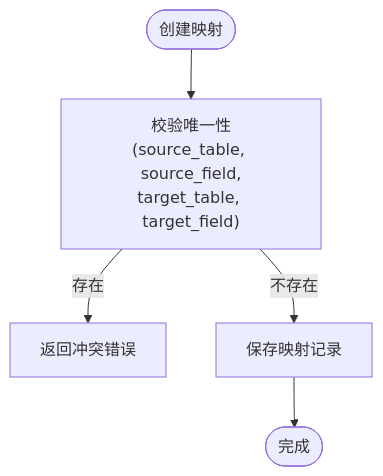
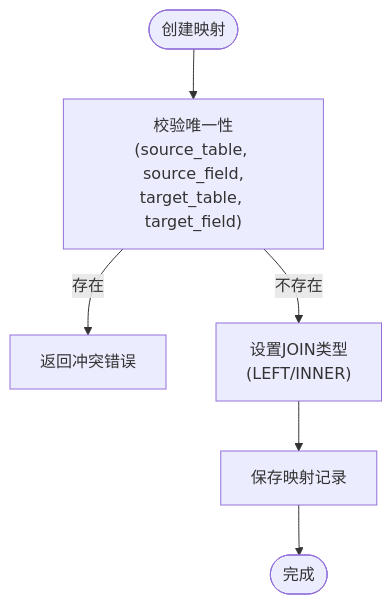
The third of 6 diagrams in .qoder/repowiki/zh/content/架构设计/数据架构/数据库设计/核心实体模型/字段映射模型.md (zyp-coder/Metadata), drawn with Mermaid before and after one commit. The commit also changed other lines of this file and 39 other files, not shown here.

````diff
--- a/.qoder/repowiki/zh/content/架构设计/数据架构/数据库设计/核心实体模型/字段映射模型.md
+++ b/.qoder/repowiki/zh/content/架构设计/数据架构/数据库设计/核心实体模型/字段映射模型.md
@@ -142,7 +157,8 @@
 ```mermaid
 flowchart TD
 Start(["创建映射"]) --> CheckUnique["校验唯一性<br/>(source_table, source_field,<br/>target_table, target_field)"]
 CheckUnique --> |存在| ReturnError["返回冲突错误"]
-CheckUnique --> |不存在| Save["保存映射记录"]
+CheckUnique --> |不存在| SetJoinType["设置JOIN类型<br/>(LEFT/INNER)"]
+SetJoinType --> Save["保存映射记录"]
 Save --> Done(["完成"])
 ```
````
